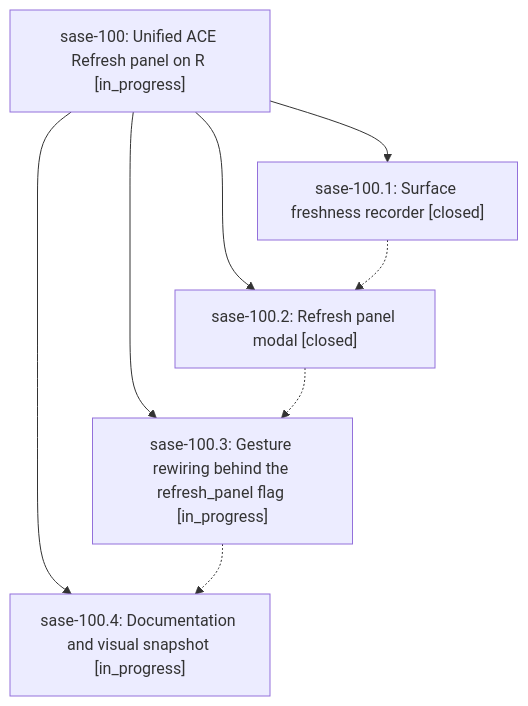
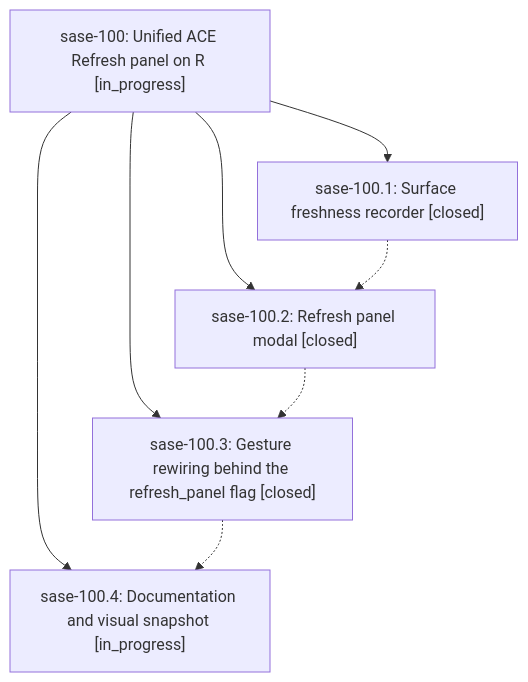
One commit to sase-org/sase--beads changed the diagram in pages/sase-100/README.md. Above: the diagram before and after it, drawn with Mermaid. The commit also changed other lines of this file and 3 other files, not shown here.

````diff
--- a/pages/sase-100/README.md
+++ b/pages/sase-100/README.md
@@ -37,15 +37,15 @@
 ```mermaid
 flowchart TD
     n0["sase-100: Unified ACE Refresh panel on R [in_progress]"]
     n1["sase-100.1: Surface freshness recorder [closed]"]
     n2["sase-100.2: Refresh panel modal [closed]"]
-    n3["sase-100.3: Gesture rewiring behind the refresh_panel flag [in_progress]"]
+    n3["sase-100.3: Gesture rewiring behind the refresh_panel flag [closed]"]
     n4["sase-100.4: Documentation and visual snapshot [in_progress]"]
     n0 --> n1
     n0 --> n2
     n0 --> n3
     n0 --> n4
     n1 -.-> n2
     n2 -.-> n3
     n3 -.-> n4
 ```
````
